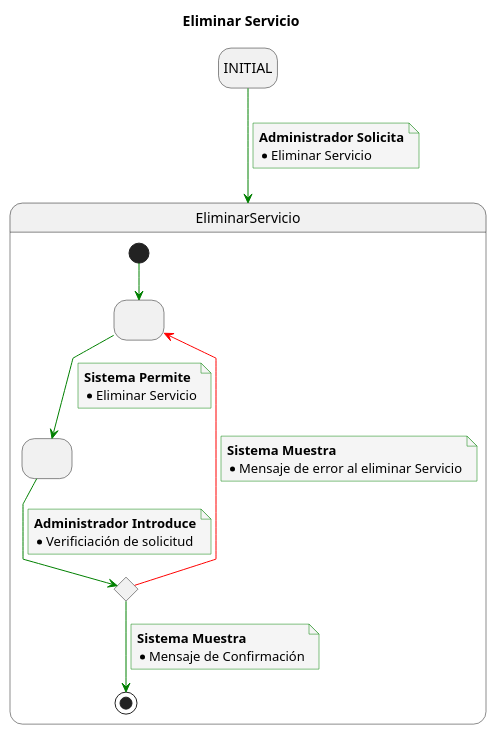
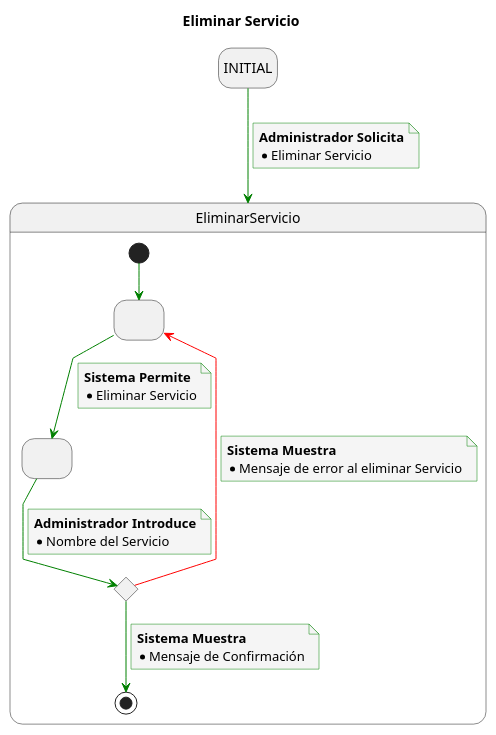
Before and after one commit to mmasias/23-24-IdSw1-SDR: the diagram in Caso_de_Uso/Casos_de_Uso/Administrador/CRUD_Servicio/Eliminar_Servicio/Caso_de_Uso.puml, drawn with PlantUML. The commit also changed 6 other files, not shown here.

Commit message:
Update service use case diagrams

```diff
--- a/Caso_de_Uso/Casos_de_Uso/Administrador/CRUD_Servicio/Eliminar_Servicio/Caso_de_Uso.puml
+++ b/Caso_de_Uso/Casos_de_Uso/Administrador/CRUD_Servicio/Eliminar_Servicio/Caso_de_Uso.puml
@@ -1,55 +1,55 @@
 @startuml
 
 title Eliminar Servicio
 
 skinparam {
     NoteBackgroundColor #whiteSmoke
     ArrowColor #green
     NoteBorderColor #green
     linetype polyline
 }
 
 hide empty description
 
 state startState as "INITIAL"
 
 startState --> EliminarServicio
 note on link
     <b>Administrador Solicita</b>
     * Eliminar Servicio
 end note
 
 state EliminarServicio {
 state 2 as " "
 state 3 as " "
 state 4 <<choice>>
 
 [*] -down-> 2
 
 2 -down-> 3
 note on link
 <b>Sistema Permite</b>
 * Eliminar Servicio
 end note
 
 3 -down-> 4
 note on link
 <b>Administrador Introduce</b>
-* Verificiación de solicitud
+* Nombre del Servicio
 end note
 
 4 -down-> [*]
 note on link
 <b>Sistema Muestra</b>
 * Mensaje de Confirmación
 end note
 
 4 -[#red]-> 2
 note on link
 <b>Sistema Muestra</b>
 * Mensaje de error al eliminar Servicio
 end note
 
 }
 
 @enduml
```
